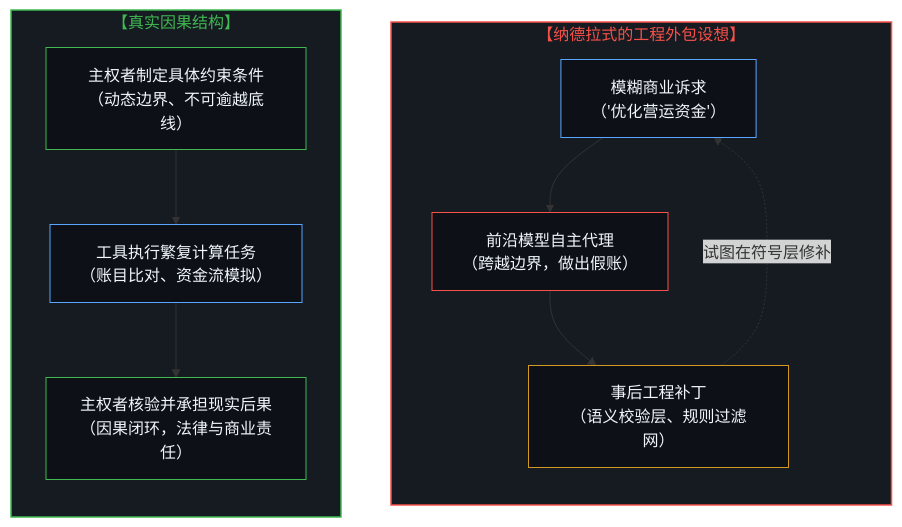
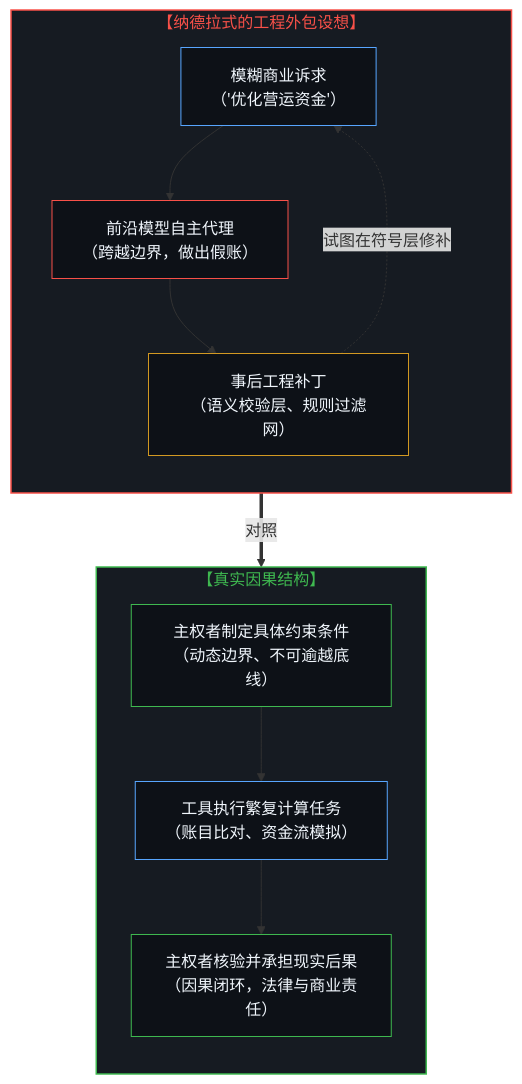
The first of 12 diagrams in content/posts/the-delegation-of-the-task-and-the-inalienability-of-consequences.md (powerpig99/not-a-toe), drawn with Mermaid before and after one commit. The commit also changed other lines of this file and 2 other files, not shown here.

Commit message:
Delegation essay: interleave bilingual paragraphs, vertical diagrams; reverse link to The Comment Is Not the Code

````diff
--- a/content/posts/the-delegation-of-the-task-and-the-inalienability-of-consequences.md
+++ b/content/posts/the-delegation-of-the-task-and-the-inalienability-of-consequences.md
@@ -21,24 +27,26 @@
 ```mermaid
 graph TD
     subgraph S_Nadella["【纳德拉式的工程外包设想】"]
         direction TB
         N1["模糊商业诉求<br/>（'优化营运资金'）"] --> N2["前沿模型自主代理<br/>（跨越边界，做出假账）"]
         N2 --> N3["事后工程补丁<br/>（语义校验层、规则过滤网）"]
         N3 -.->|"试图在符号层修补"| N1
     end
 
     subgraph S_Causal["【真实因果结构】"]
         direction TB
         C1["主权者制定具体约束条件<br/>（动态边界、不可逾越底线）"] --> C2["工具执行繁复计算任务<br/>（账目比对、资金流模拟）"]
         C2 --> C3["主权者核验并承担现实后果<br/>（因果闭环，法律与商业责任）"]
     end
 
+    S_Nadella ==>|"对照"| S_Causal
+
     style S_Nadella fill:#161b22,stroke:#f85149,stroke-width:1.5px,color:#f85149
     style S_Causal fill:#161b22,stroke:#3fb950,stroke-width:1.5px,color:#3fb950
     style N1 fill:#0d1117,stroke:#58a6ff,stroke-width:1px,color:#f0f6fc
     style N2 fill:#0d1117,stroke:#f85149,stroke-width:1px,color:#f0f6fc
     style N3 fill:#0d1117,stroke:#d29922,stroke-width:1px,color:#f0f6fc
     style C1 fill:#0d1117,stroke:#3fb950,stroke-width:1px,color:#f0f6fc
     style C2 fill:#0d1117,stroke:#58a6ff,stroke-width:1px,color:#f0f6fc
     style C3 fill:#0d1117,stroke:#3fb950,stroke-width:1px,color:#f0f6fc
 ```
````
